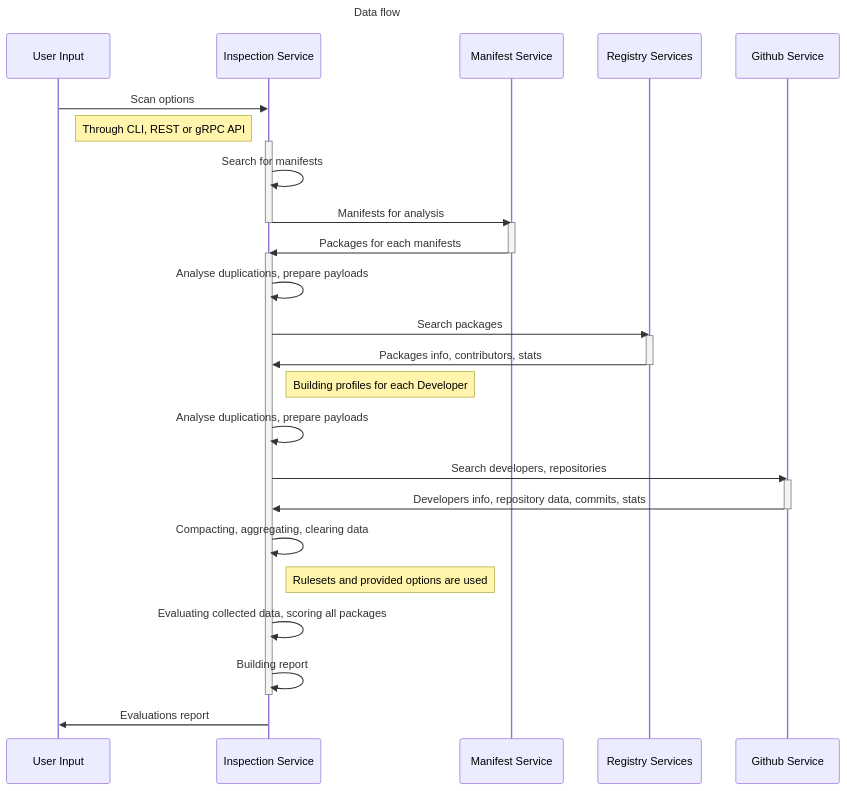
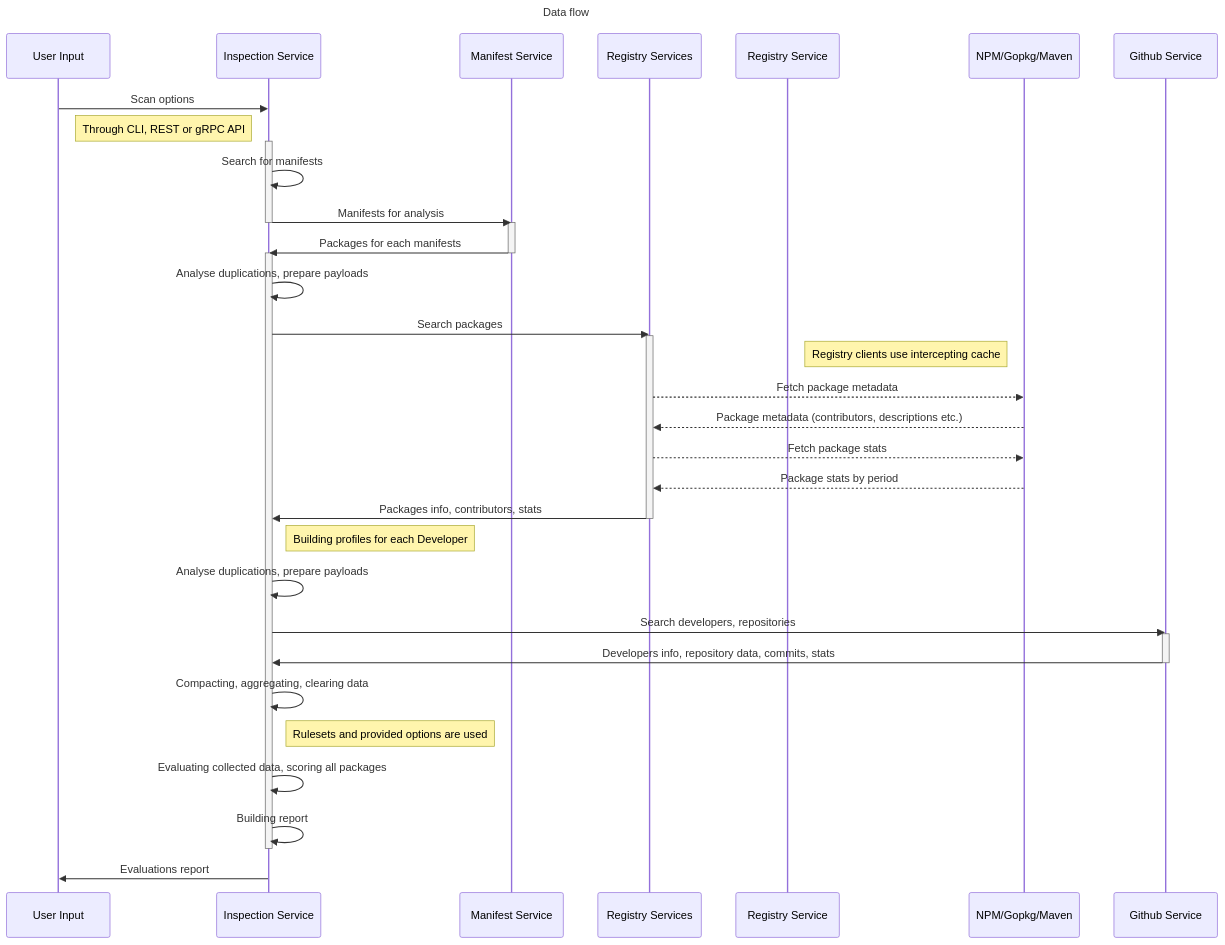
Before and after one commit to domsnail/doctryne: the diagram in docs/data_flow.md, drawn with Mermaid. The commit also changed other lines of this file and 17 other files, not shown here.

Commit message:
added npm registry inspection pool

````diff
--- a/docs/data_flow.md
+++ b/docs/data_flow.md
@@ -10,37 +10,44 @@
 ```mermaid
 ---
 title: Data flow
 config:
     htmlLabels: false
 ---
 sequenceDiagram
-    User Input ->> Inspection Service: Scan options
-    Note right of User Input: Through CLI, REST or gRPC API
-    activate Inspection Service
-    Inspection Service ->> Inspection Service: Search for manifests
-    Inspection Service ->> Manifest Service: Manifests for analysis
-    deactivate Inspection Service
-    activate Manifest Service
-    Manifest Service ->> Inspection Service: Packages for each manifests
-    deactivate Manifest Service
+   User Input ->> Inspection Service: Scan options
+   Note right of User Input: Through CLI, REST or gRPC API
+   activate Inspection Service
+   Inspection Service ->> Inspection Service: Search for manifests
+   Inspection Service ->> Manifest Service: Manifests for analysis
+   deactivate Inspection Service
+   activate Manifest Service
+   Manifest Service ->> Inspection Service: Packages for each manifests
+   deactivate Manifest Service
 %%    
-    activate Inspection Service
-    Inspection Service ->> Inspection Service: Analyse duplications, prepare payloads
-    Inspection Service ->> Registry Services: Search packages
-    activate Registry Services
-    Registry Services ->> Inspection Service: Packages info, contributors, stats
-    deactivate Registry Services
-    Note right of Inspection Service: Building profiles for each Developer
-    Inspection Service ->> Inspection Service: Analyse duplications, prepare payloads
-    Inspection Service ->> Github Service: Search developers, repositories
-    activate Github Service
-    Github Service ->> Inspection Service: Developers info, repository data, commits, stats
-    deactivate Github Service
-    Inspection Service ->> Inspection Service: Compacting, aggregating, clearing data
-    Note right of Inspection Service: Rulesets and provided options are used
-    Inspection Service ->> Inspection Service: Evaluating collected data, scoring all packages
-    Inspection Service ->> Inspection Service: Building report
-    deactivate Inspection Service
+   activate Inspection Service
+   Inspection Service ->> Inspection Service: Analyse duplications, prepare payloads
+   Inspection Service ->> Registry Services: Search packages
+%% 
+   activate Registry Services
+   Note right of Registry Service: Registry clients use intercepting cache
+   Registry Services -->> NPM/Gopkg/Maven: Fetch package metadata
+   NPM/Gopkg/Maven -->> Registry Services: Package metadata (contributors, descriptions etc.)
+   Registry Services -->> NPM/Gopkg/Maven: Fetch package stats
+   NPM/Gopkg/Maven -->> Registry Services: Package stats by period
+   Registry Services ->> Inspection Service: Packages info, contributors, stats
+   deactivate Registry Services
+%% 
+   Note right of Inspection Service: Building profiles for each Developer
+   Inspection Service ->> Inspection Service: Analyse duplications, prepare payloads
+   Inspection Service ->> Github Service: Search developers, repositories
+   activate Github Service
+   Github Service ->> Inspection Service: Developers info, repository data, commits, stats
+   deactivate Github Service
+   Inspection Service ->> Inspection Service: Compacting, aggregating, clearing data
+   Note right of Inspection Service: Rulesets and provided options are used
+   Inspection Service ->> Inspection Service: Evaluating collected data, scoring all packages
+   Inspection Service ->> Inspection Service: Building report
+   deactivate Inspection Service
 %%    
-    Inspection Service ->> User Input: Evaluations report
+   Inspection Service ->> User Input: Evaluations report
 ```
````
